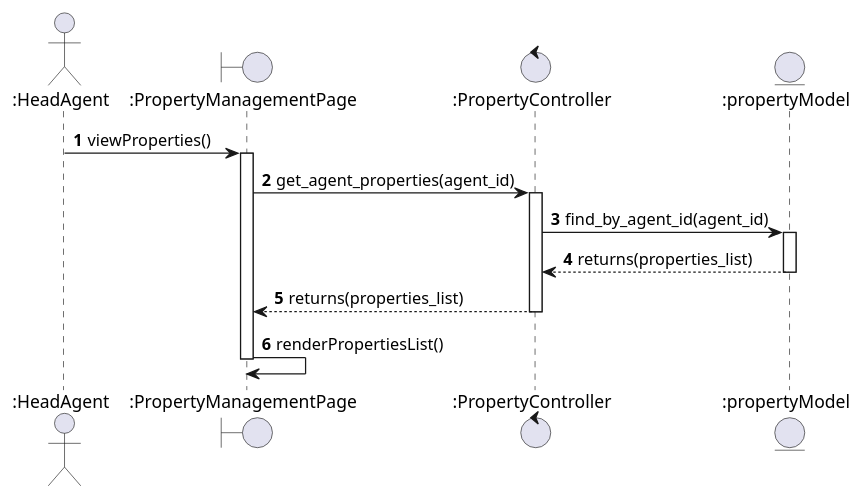
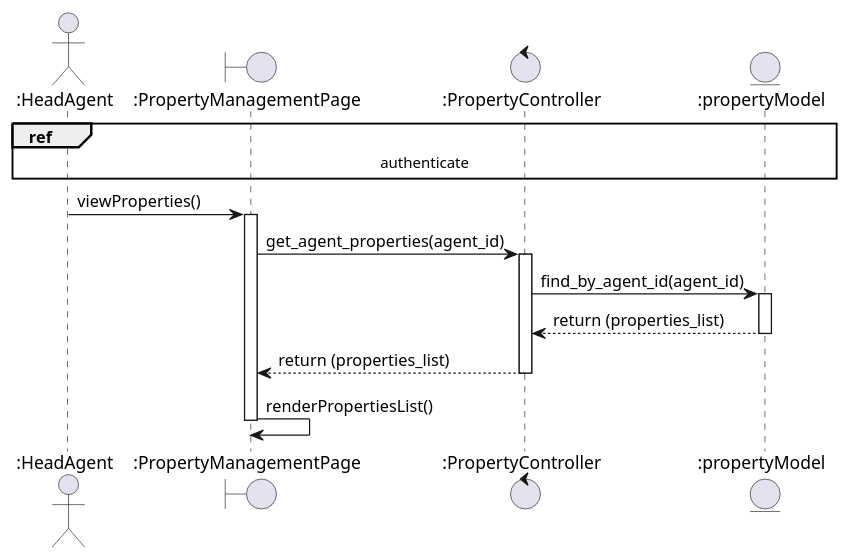
Before and after one commit to israhadjhassine/Graduation-Project-real-estate-automation: the diagram in docs/sequence_diagram_view_properties.puml, drawn with PlantUML. The commit also changed 100 other files, not shown here.

```diff
--- a/docs/sequence_diagram_view_properties.puml
+++ b/docs/sequence_diagram_view_properties.puml
@@ -1,19 +1,20 @@
 @startuml
-autonumber
+
 actor ":HeadAgent" as HeadAgent
 boundary ":PropertyManagementPage" as PropertyManagementPage
 control ":PropertyController" as PropertyController
 entity ":propertyModel" as propertyModel
+ref over HeadAgent,PropertyManagementPage,PropertyController,propertyModel:authenticate
 HeadAgent -> PropertyManagementPage : viewProperties()
 activate PropertyManagementPage
 PropertyManagementPage -> PropertyController : get_agent_properties(agent_id)
 activate PropertyController
 PropertyController -> propertyModel : find_by_agent_id(agent_id)
 activate propertyModel
-propertyModel --> PropertyController : returns(properties_list)
+propertyModel --> PropertyController : return (properties_list)
 deactivate propertyModel
-PropertyController --> PropertyManagementPage : returns(properties_list)
+PropertyController --> PropertyManagementPage : return (properties_list)
 deactivate PropertyController
 PropertyManagementPage -> PropertyManagementPage : renderPropertiesList()
 deactivate PropertyManagementPage
 @enduml
```
